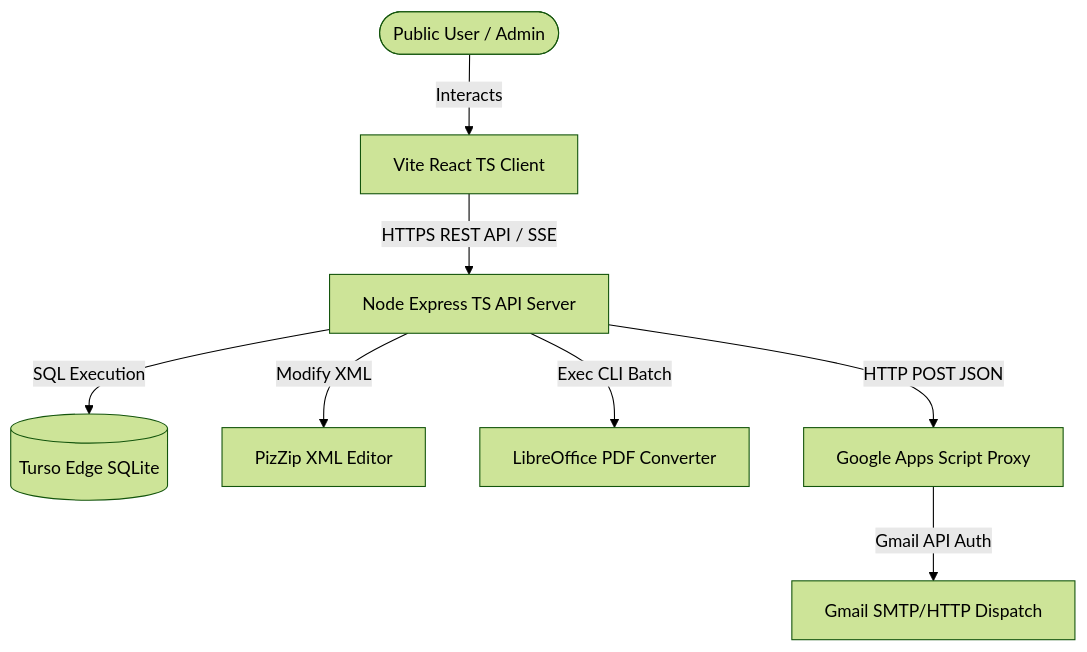
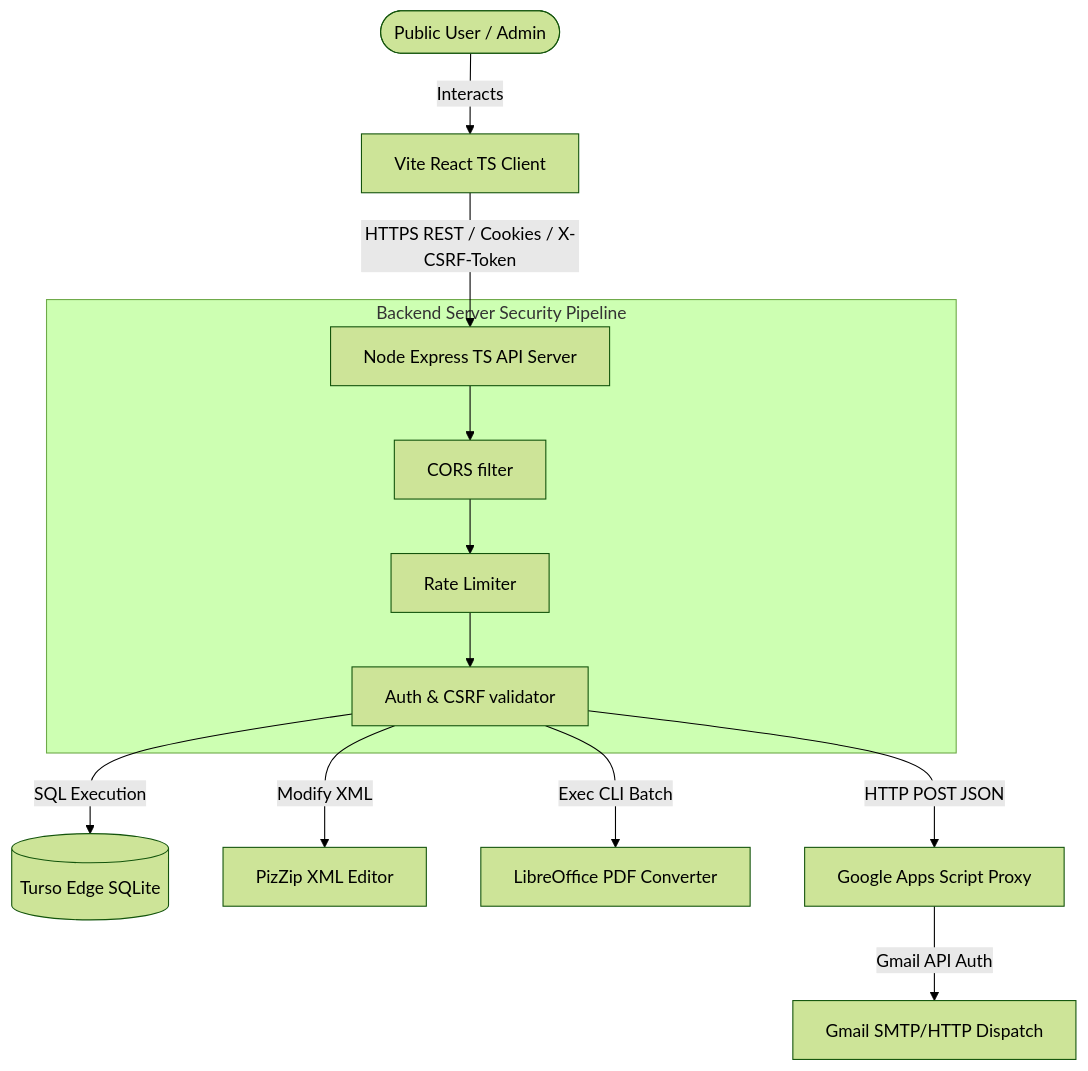
The first of 25 diagrams in README.md (saicharan-bhuthkuri/rd), drawn with Mermaid (forest theme) before and after one commit. The commit also changed other lines of this file, not shown here.

Commit message:
docs: update system diagrams and add Figure 21 Security flowchart

````diff
--- a/README.md
+++ b/README.md
@@ -131,10 +132,15 @@
 ```mermaid
 graph TD
     User([Public User / Admin]) -->|Interacts| Frontend[Vite React TS Client]
-    Frontend -->|HTTPS REST API / SSE| Backend[Node Express TS API Server]
-    Backend -->|SQL Execution| Database[(Turso Edge SQLite)]
-    Backend -->|Modify XML | Pizzip[PizZip XML Editor]
-    Backend -->|Exec CLI Batch| LibreOffice[LibreOffice PDF Converter]
-    Backend -->|HTTP POST JSON| GASProxy[Google Apps Script Proxy]
+    Frontend -->|HTTPS REST / Cookies / X-CSRF-Token| Backend[Node Express TS API Server]
+    subgraph Backend Server Security Pipeline
+        Backend --> CORS[CORS filter]
+        CORS --> Limiter[Rate Limiter]
+        Limiter --> AuthGate[Auth & CSRF validator]
+    end
+    AuthGate -->|SQL Execution| Database[(Turso Edge SQLite)]
+    AuthGate -->|Modify XML | Pizzip[PizZip XML Editor]
+    AuthGate -->|Exec CLI Batch| LibreOffice[LibreOffice PDF Converter]
+    AuthGate -->|HTTP POST JSON| GASProxy[Google Apps Script Proxy]
     GASProxy -->|Gmail API Auth| Gmail[Gmail SMTP/HTTP Dispatch]
 ```
````
